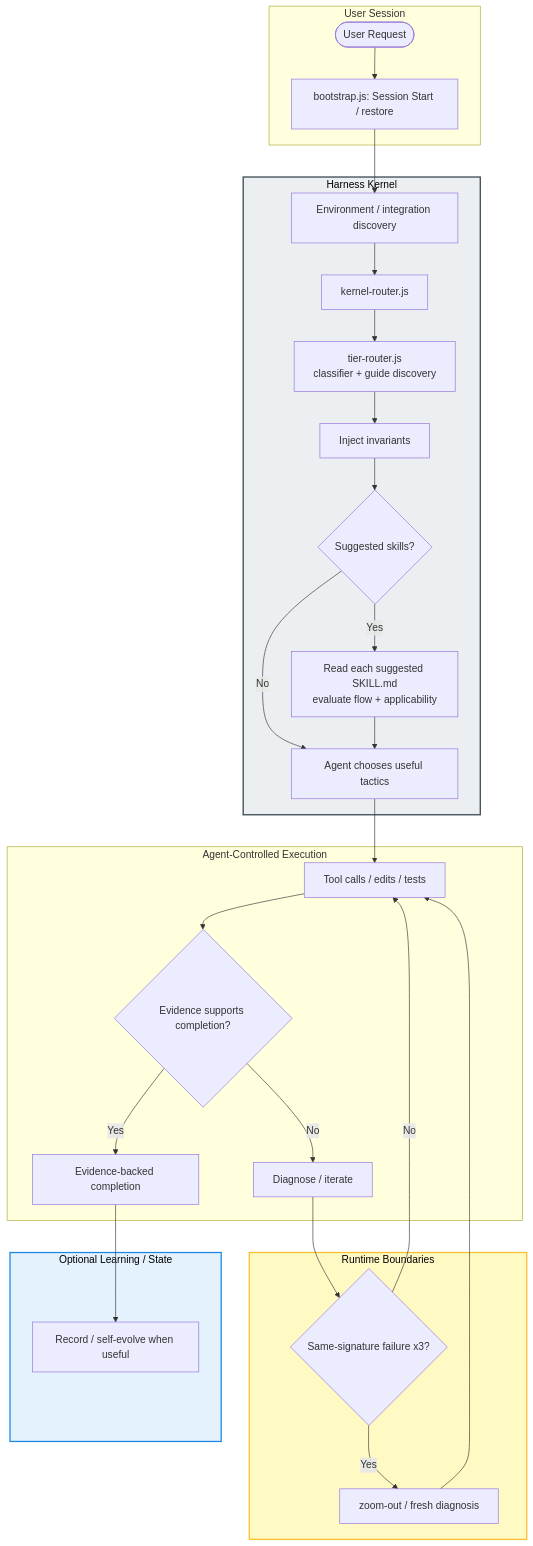
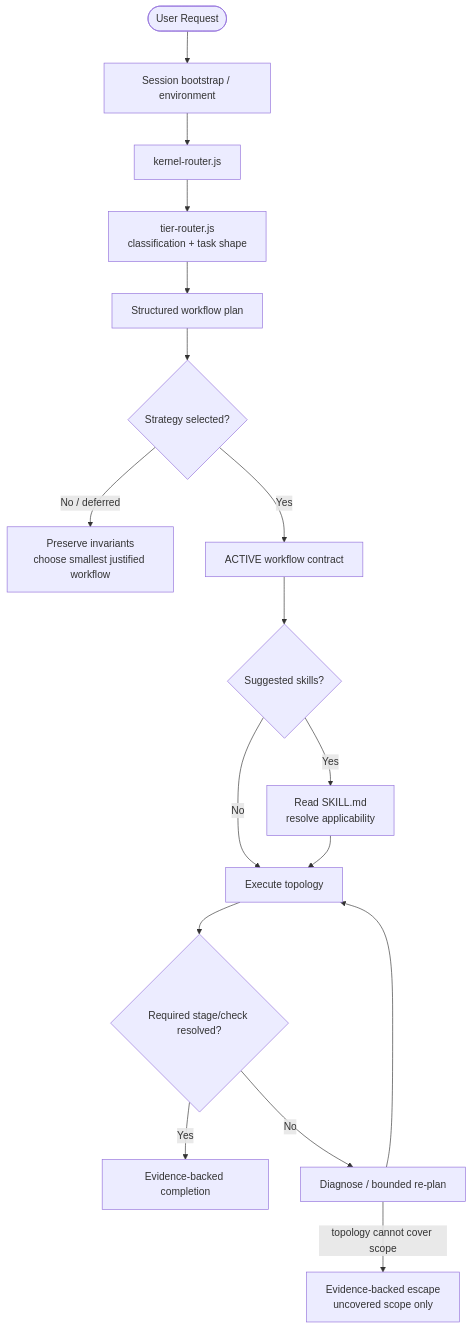
Before and after one commit to dyphn1/Harness-everything: the first of 3 diagrams in docs/architecture.md, drawn with Mermaid. The commit also changed other lines of this file and 11 other files, not shown here.

Commit message:
docs(router): align mandatory workflow contract

````diff
--- a/docs/architecture.md
+++ b/docs/architecture.md
@@ -25,39 +24,19 @@
 ```mermaid
 flowchart TD
-    subgraph User_Session [User Session]
-        U([User Request]) --> Boot[bootstrap.js: Session Start / restore]
-    end
-
-    subgraph Kernel [Harness Kernel]
-        Boot --> Preflight[Environment / integration discovery]
-        Preflight --> KR[kernel-router.js]
-        KR --> TR[tier-router.js<br/>classifier + guide discovery]
-        TR --> Inv[Inject invariants]
-        Inv --> Sug{Suggested skills?}
-        Sug -- Yes --> Eval[Read each suggested SKILL.md<br/>evaluate flow + applicability]
-        Sug -- No --> Choice[Agent chooses useful tactics]
-        Eval --> Choice
-    end
-
-    subgraph Execution [Agent-Controlled Execution]
-        Choice --> Tools[Tool calls / edits / tests]
-        Tools --> Evidence{Evidence supports completion?}
-        Evidence -- Yes --> Done[Evidence-backed completion]
-        Evidence -- No --> Retry[Diagnose / iterate]
-    end
-
-    subgraph Defense [Runtime Boundaries]
-        Retry --> CB{Same-signature failure x3?}
-        CB -- No --> Tools
-        CB -- Yes --> ZO[zoom-out / fresh diagnosis]
-        ZO --> Tools
-    end
-
-    subgraph Learning [Optional Learning / State]
-        Done --> Record[Record / self-evolve when useful]
-    end
-
-    style Kernel fill:#eceff1,stroke:#37474f,stroke-width:2px,color:#000000
-    style Defense fill:#fff9c4,stroke:#fbc02d,stroke-width:2px,color:#000000
-    style Learning fill:#e3f2fd,stroke:#1e88e5,stroke-width:2px,color:#000000
+    U([User Request]) --> B[Session bootstrap / environment]
+    B --> K[kernel-router.js]
+    K --> T[tier-router.js<br/>classification + task shape]
+    T --> P[Structured workflow plan]
+    P --> A{Strategy selected?}
+    A -- No / deferred --> D[Preserve invariants<br/>choose smallest justified workflow]
+    A -- Yes --> C[ACTIVE workflow contract]
+    C --> S{Suggested skills?}
+    S -- Yes --> E[Read SKILL.md<br/>resolve applicability]
+    S -- No --> X[Execute topology]
+    E --> X
+    X --> V{Required stage/check resolved?}
+    V -- Yes --> Done[Evidence-backed completion]
+    V -- No --> R[Diagnose / bounded re-plan]
+    R --> X
+    R -- topology cannot cover scope --> Esc[Evidence-backed escape<br/>uncovered scope only]
 ```
````
